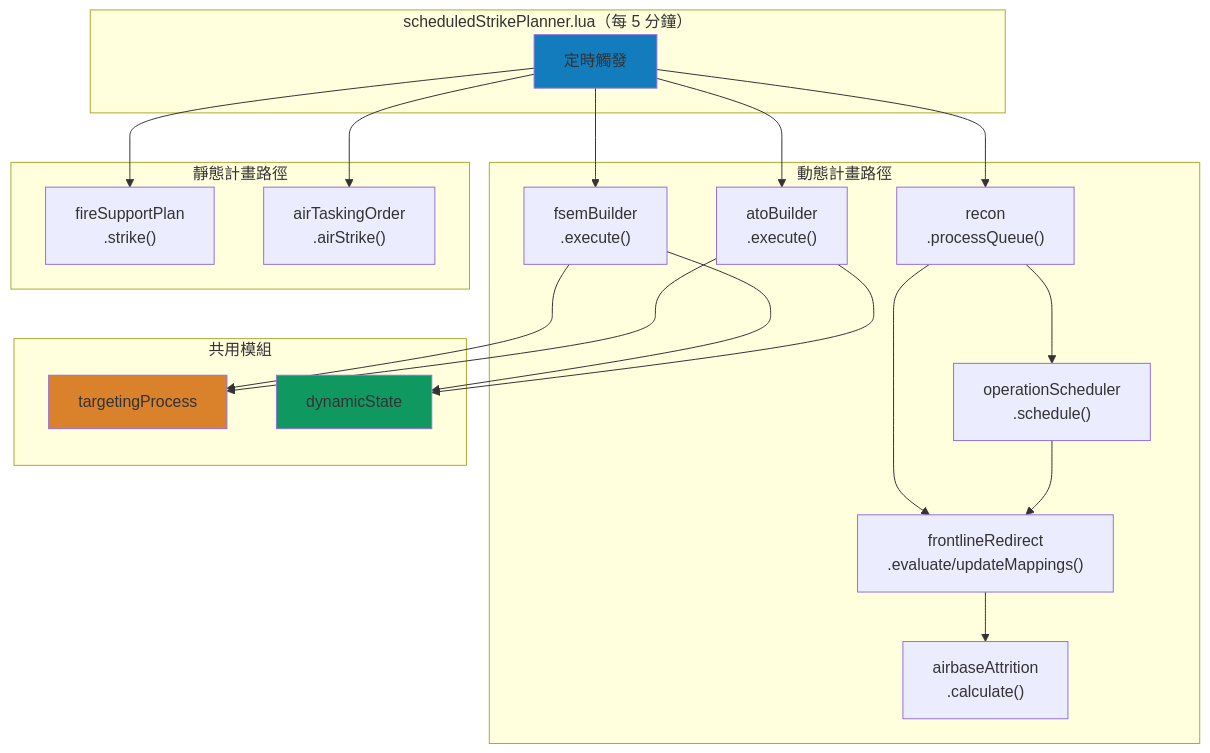
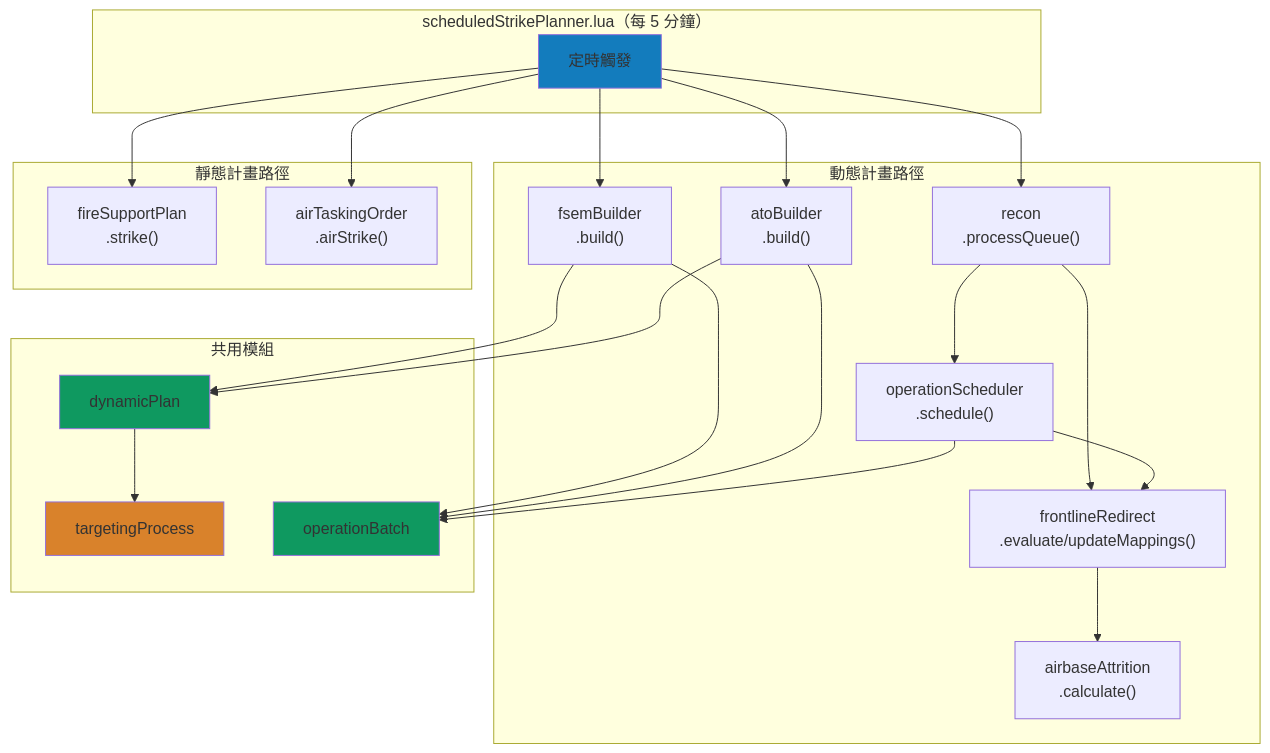
Before and after one commit to pullupjumper/formosa-in-flames: the first of 3 diagrams in docs/strikePlanner/README.md, drawn with Mermaid. The commit also changed other lines of this file and 11 other files, not shown here.

First line of the commit message:
docs(strikePlanner): document OperationBatch / DynamicPlan / OperationType

````diff
--- a/docs/strikePlanner/README.md
+++ b/docs/strikePlanner/README.md
@@ -74,44 +78,48 @@
 ```mermaid
 flowchart TB
     subgraph 觸發器["scheduledStrikePlanner.lua（每 5 分鐘）"]
         TRIGGER[定時觸發]
     end
 
     subgraph 動態路徑["動態計畫路徑"]
-        DFSP["fsemBuilder<br>.execute()"]
-        DATO["atoBuilder<br>.execute()"]
+        DFSP["fsemBuilder<br>.build()"]
+        DATO["atoBuilder<br>.build()"]
         RECON["recon<br>.processQueue()"]
         RSCHED["operationScheduler<br>.schedule()"]
         FREDIR["frontlineRedirect<br>.evaluate/updateMappings()"]
         ATTR["airbaseAttrition<br>.calculate()"]
     end
 
     subgraph 靜態路徑["靜態計畫路徑"]
         FSP["fireSupportPlan<br>.strike()"]
         ATO["airTaskingOrder<br>.airStrike()"]
     end
 
     subgraph 共用模組
         TP["targetingProcess"]
-        DSTATE["dynamicState"]
+        OBATCH["operationBatch"]
+        DPLAN["dynamicPlan"]
     end
 
     TRIGGER --> DFSP
     TRIGGER --> DATO
     TRIGGER --> RECON
     TRIGGER --> FSP
     TRIGGER --> ATO
 
-    DFSP --> TP
-    DFSP --> DSTATE
-    DATO --> TP
-    DATO --> DSTATE
+    DFSP --> OBATCH
+    DFSP --> DPLAN
+    DATO --> OBATCH
+    DATO --> DPLAN
+    DPLAN --> TP
     RECON --> RSCHED
     RECON --> FREDIR
+    RSCHED --> OBATCH
     RSCHED --> FREDIR
     FREDIR --> ATTR
 
     style TRIGGER fill:#137cbd
     style TP fill:#d9822b
-    style DSTATE fill:#0f9960
+    style OBATCH fill:#0f9960
+    style DPLAN fill:#0f9960
 ```
````
